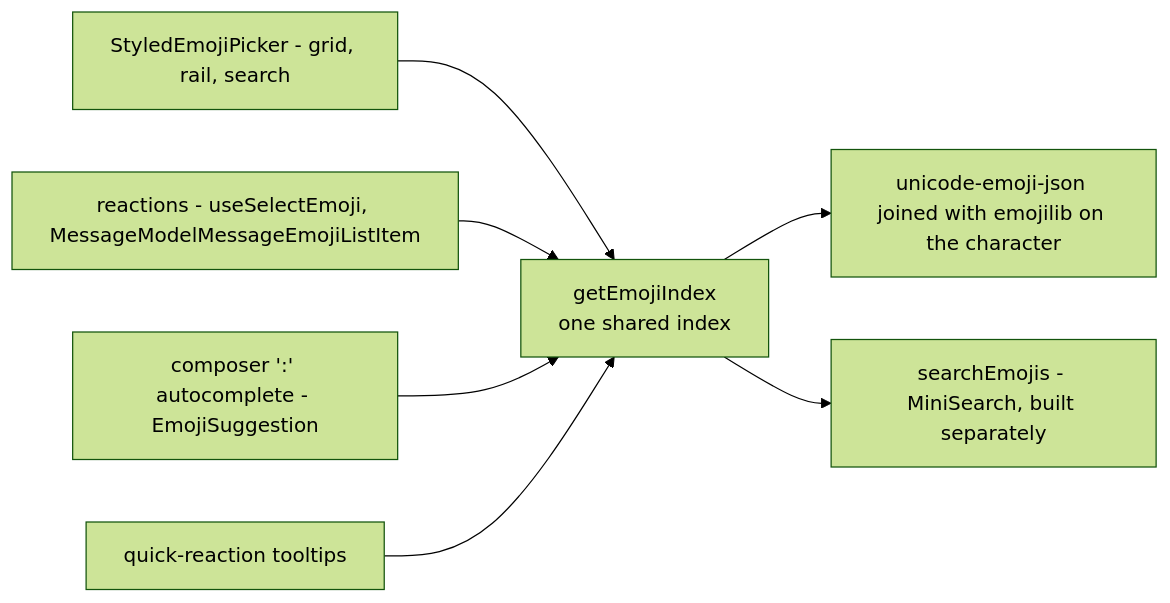
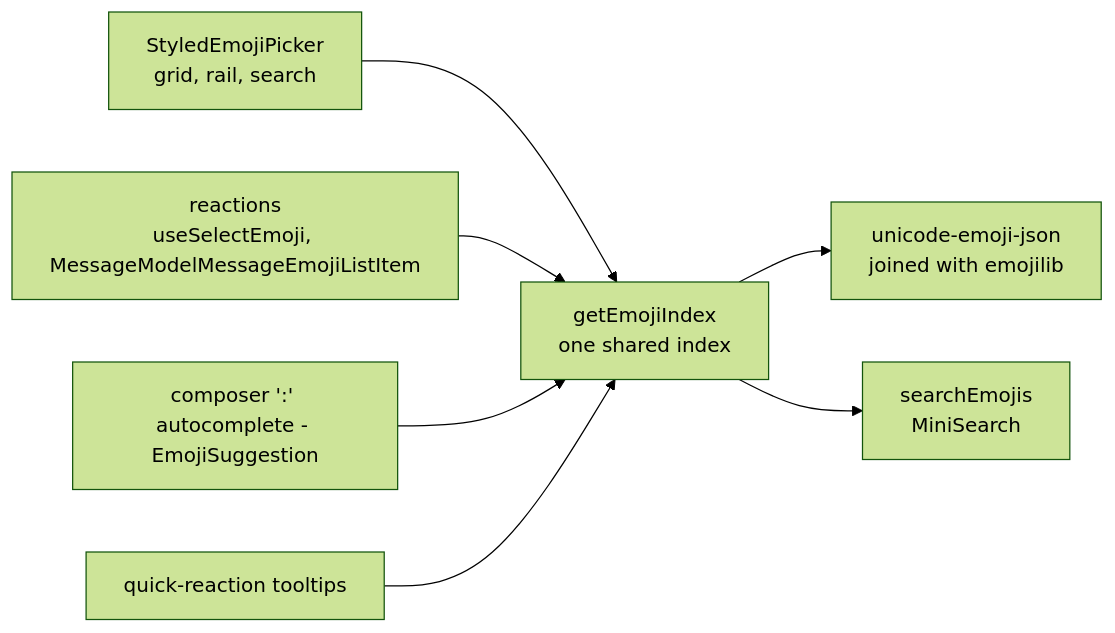
Before and after one commit to Esposter/Esposter: the diagram in openspec/specs/esbabbler/emoji/design.md, drawn with Mermaid (forest theme). The commit also changed 6 other files, not shown here.

````diff
--- a/openspec/specs/esbabbler/emoji/design.md
+++ b/openspec/specs/esbabbler/emoji/design.md
@@ -9,9 +9,9 @@
 ```mermaid
 flowchart LR
-  Picker["StyledEmojiPicker - grid, rail, search"] --> Index
-  React["reactions - useSelectEmoji, MessageModelMessageEmojiListItem"] --> Index
+  Picker["StyledEmojiPicker<br/>grid, rail, search"] --> Index
+  React["reactions<br/>useSelectEmoji, MessageModelMessageEmojiListItem"] --> Index
   Composer["composer ':' autocomplete - EmojiSuggestion"] --> Index
   Tooltip["quick-reaction tooltips"] --> Index
-  Index["getEmojiIndex<br/>one shared index"] --> Data["unicode-emoji-json joined with emojilib on the character"]
-  Index --> Search["searchEmojis - MiniSearch, built separately"]
+  Index["getEmojiIndex<br/>one shared index"] --> Data["unicode-emoji-json<br/>joined with emojilib"]
+  Index --> Search["searchEmojis<br/>MiniSearch"]
 ```
````
